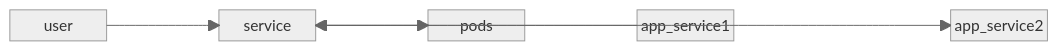
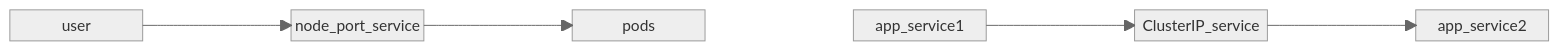
One commit to P-Y-R-O-B-O-T/KUBERNETES changed the diagram in README.md. Above: the diagram before and after it, drawn with Mermaid (neutral theme).

````diff
--- a/README.md
+++ b/README.md
@@ -258,10 +258,10 @@
 ```mermaid
 block-beta
-  user space service space pods
-  user-->service
-  service-->pods
+  user space node_port_service space pods
+  user-->node_port_service
+  node_port_service-->pods
   space
-  app_service1 space service space app_service2
-  app_service1-->service
-  service-->app_service2
+  app_service1 space ClusterIP_service space app_service2
+  app_service1-->ClusterIP_service
+  ClusterIP_service-->app_service2
 ```
````
